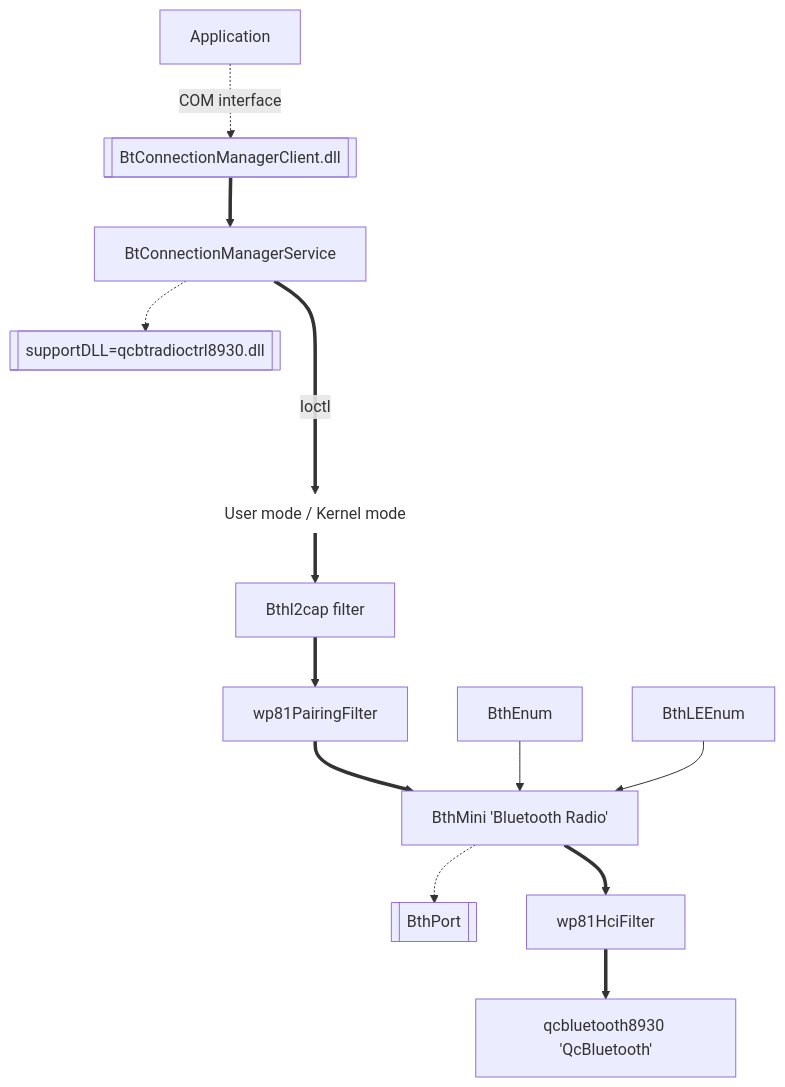
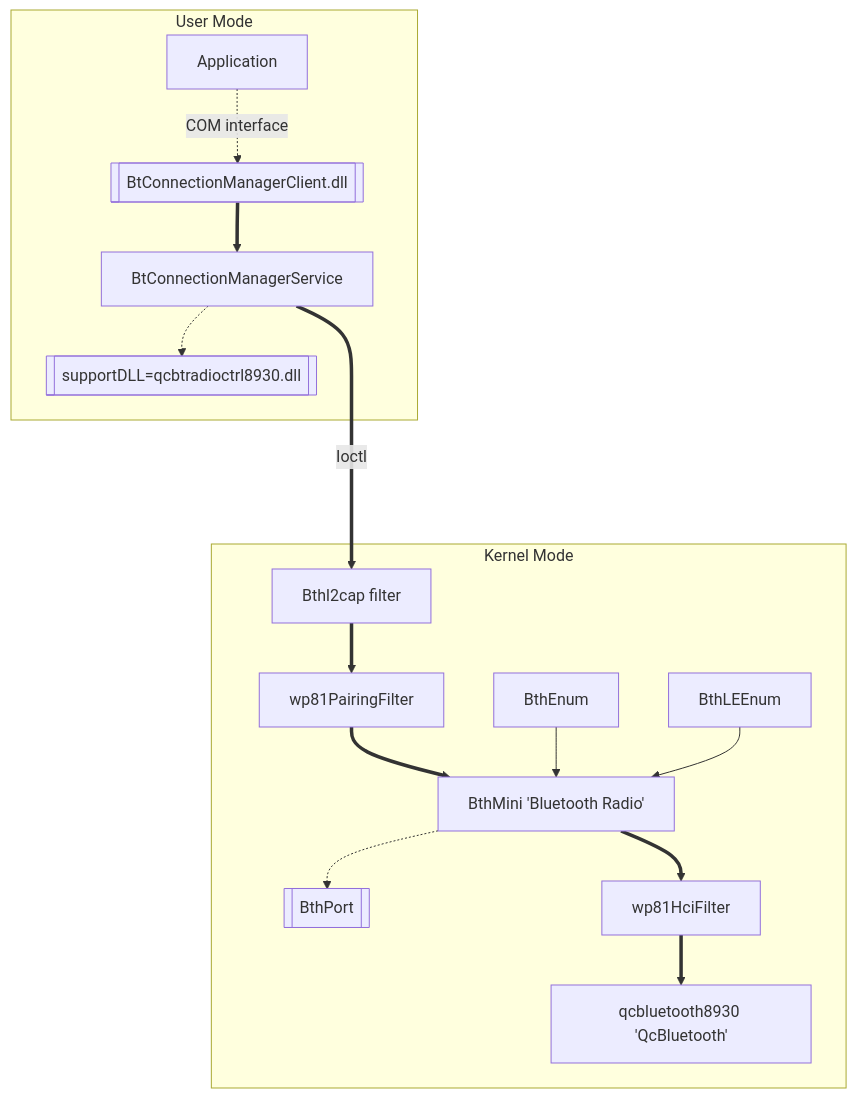
Before and after one commit to fredericGette/Lumia520: the diagram in content/bluetooth/README.md, drawn with Mermaid.

````diff
--- a/content/bluetooth/README.md
+++ b/content/bluetooth/README.md
@@ -3,15 +3,18 @@
 ```mermaid
 graph TD;
-    A@{ shape: rect, label: "Application"}-. COM interface .->B@{ shape: subproc, label: "BtConnectionManagerClient.dll"};
-    B==>C@{ shape: rect, label: "BtConnectionManagerService"};
-    C-.->D@{ shape: subproc, label: "supportDLL=qcbtradioctrl8930.dll"};
-    C== Ioctl ====>E@{ shape: text, label: "User mode / Kernel mode"};
-    E==>M@{ shape: rect, label: "Bthl2cap filter"};
-    M==>F@{ shape: rect, label: "wp81PairingFilter"};
-    F==>G@{ shape: rect, label: "BthMini 'Bluetooth Radio'"};
-    G-.->J@{ shape: subproc, label: "BthPort"};
-    K@{ shape: rect, label: "BthEnum"}-->G;
-    L@{ shape: rect, label: "BthLEEnum"}-->G;
-    G==>H@{ shape: rect, label: "wp81HciFilter"};
-    H==>I@{ shape: rect, label: "qcbluetooth8930 'QcBluetooth'"};
+    subgraph User Mode
+        A@{ shape: rect, label: "Application"}-. COM interface .->B@{ shape: subproc, label: "BtConnectionManagerClient.dll"};
+        B==>C@{ shape: rect, label: "BtConnectionManagerService"};
+        C-.->D@{ shape: subproc, label: "supportDLL=qcbtradioctrl8930.dll"};
+    end
+    C== Ioctl ====>E@{ shape: rect, label: "Bthl2cap filter"};
+    subgraph Kernel Mode
+        E==>F@{ shape: rect, label: "wp81PairingFilter"};
+        F==>G@{ shape: rect, label: "BthMini 'Bluetooth Radio'"};
+        G-.->J@{ shape: subproc, label: "BthPort"};
+        K@{ shape: rect, label: "BthEnum"}-->G;
+        L@{ shape: rect, label: "BthLEEnum"}-->G;
+        G==>H@{ shape: rect, label: "wp81HciFilter"};
+        H==>I@{ shape: rect, label: "qcbluetooth8930 'QcBluetooth'"};
+    end
 ```
````
